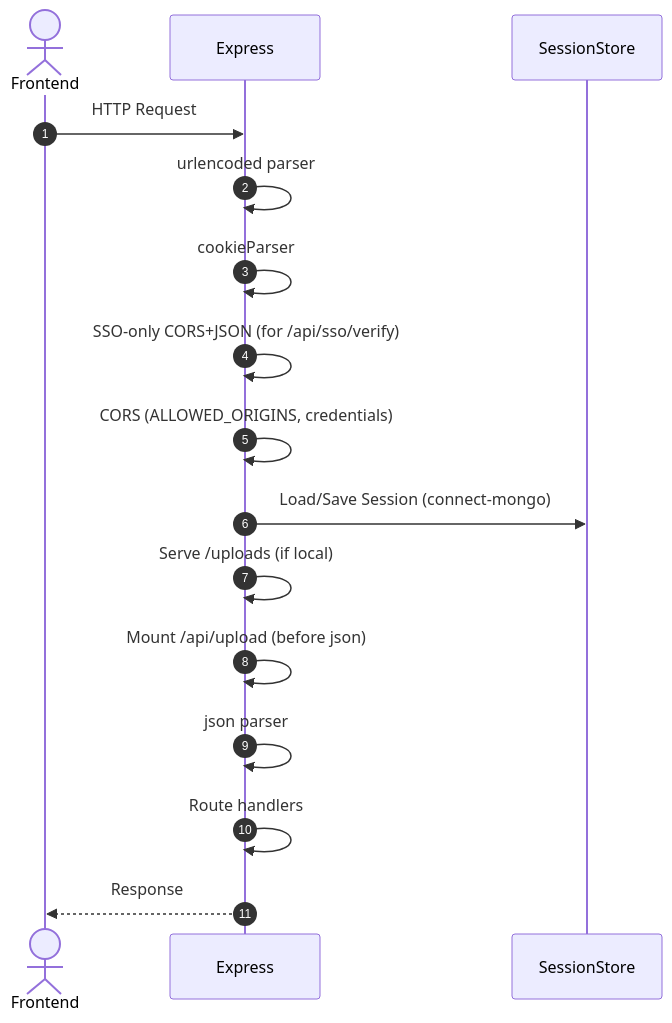
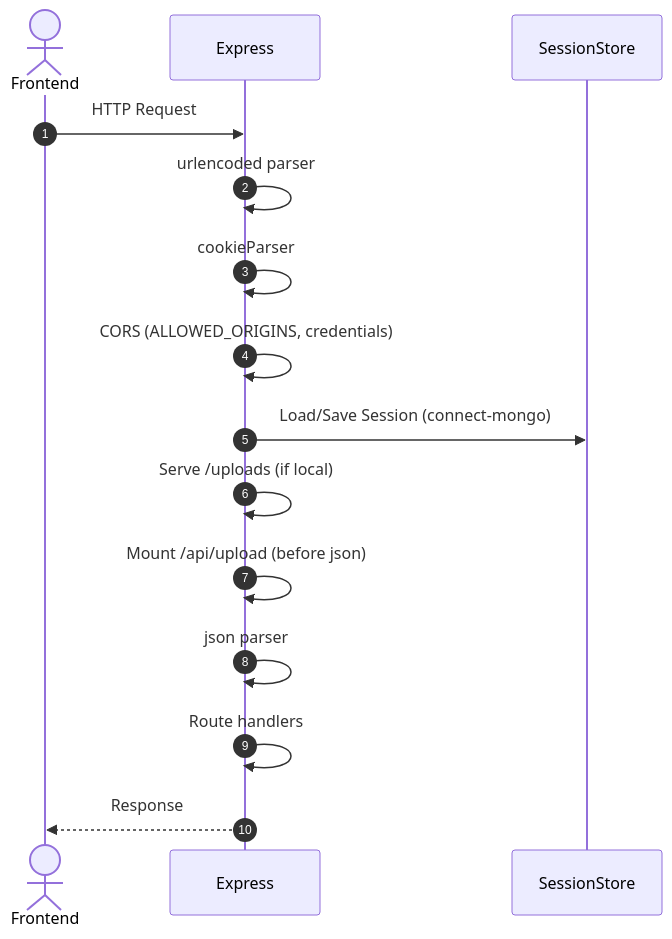
One commit to thisisdkyadav/hostel-management-system-backend changed the third of 21 diagrams in srs.md. Above: the diagram before and after it, drawn with Mermaid. The commit also changed other lines of this file, not shown here.

First line of the commit message:
refactor: Revise Software Requirements Specification (SRS) to remove Azure Blob Storage and SSO references

````diff
--- a/srs.md
+++ b/srs.md
@@ -160,19 +151,19 @@
 ```mermaid
 sequenceDiagram
   autonumber
   actor FE as Frontend
   participant EX as Express
   participant SES as SessionStore
 
   FE->>EX: HTTP Request
   EX->>EX: urlencoded parser
   EX->>EX: cookieParser
-  EX->>EX: SSO-only CORS+JSON (for /api/sso/verify)
+  %% SSO handler removed
   EX->>EX: CORS (ALLOWED_ORIGINS, credentials)
   EX->>SES: Load/Save Session (connect-mongo)
   EX->>EX: Serve /uploads (if local)
   EX->>EX: Mount /api/upload (before json)
   EX->>EX: json parser
   EX->>EX: Route handlers
   EX-->>FE: Response
 ```
````
